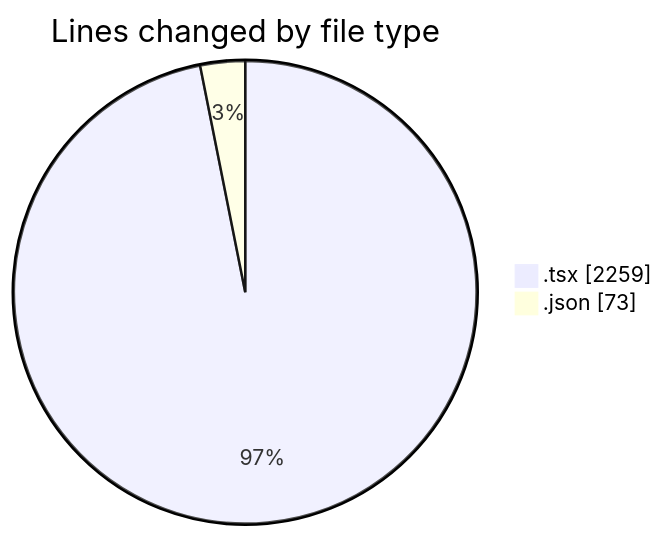
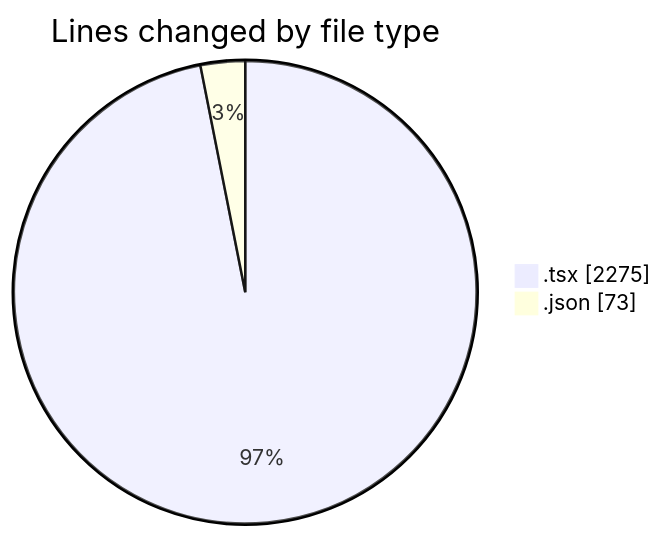
The first of 2 diagrams in 2025-10-02/cda/README.md (momahboobian/code-tracking), drawn with Mermaid before and after one commit. The commit also changed other lines of this file and 1 other file, not shown here.

````diff
--- a/2025-10-02/cda/README.md
+++ b/2025-10-02/cda/README.md
@@ -23,6 +23,6 @@
 ```mermaid
 pie showData
 title Lines changed by file type
-".tsx" : 2259
+".tsx" : 2275
 ".json" : 73
 ```
````
